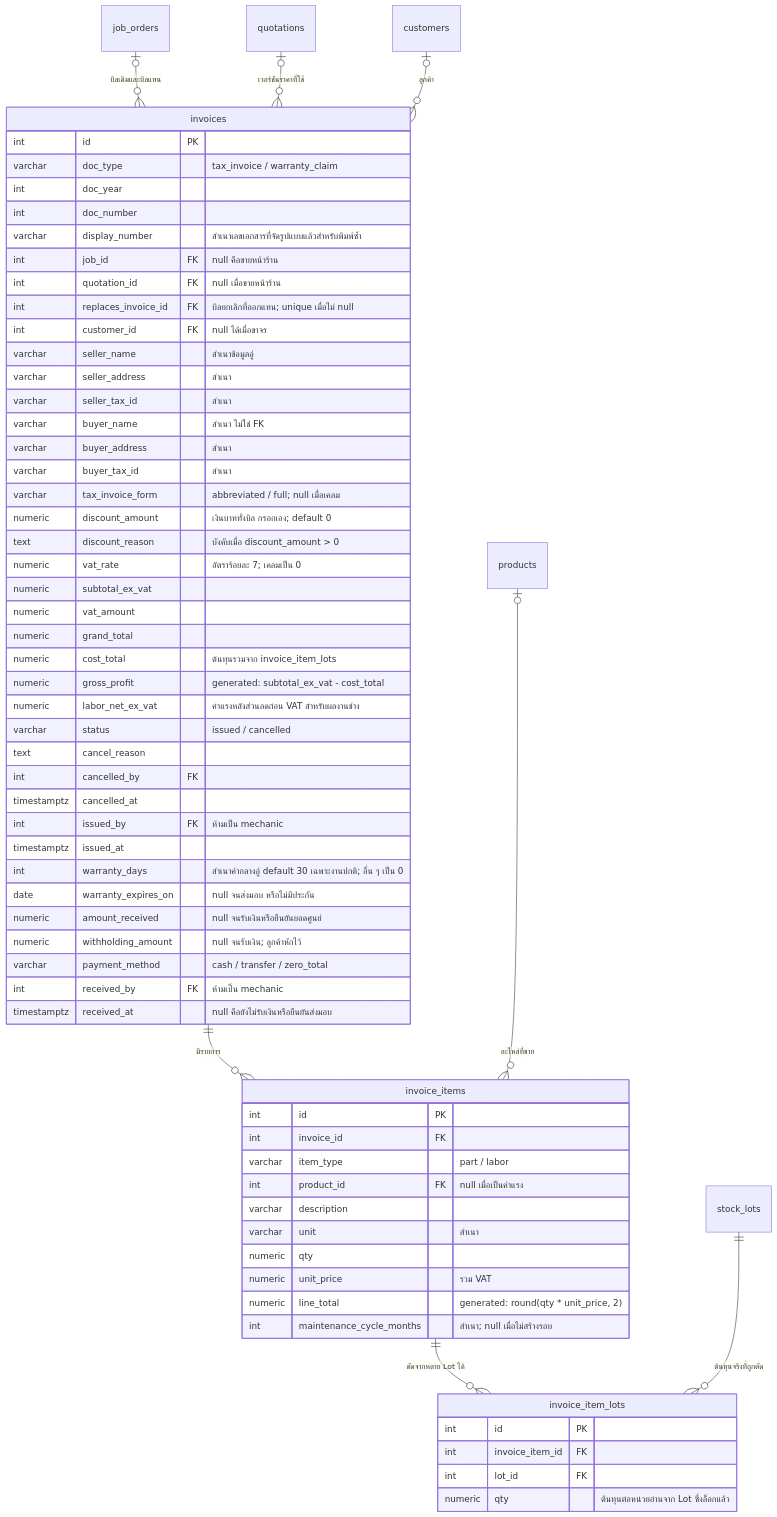
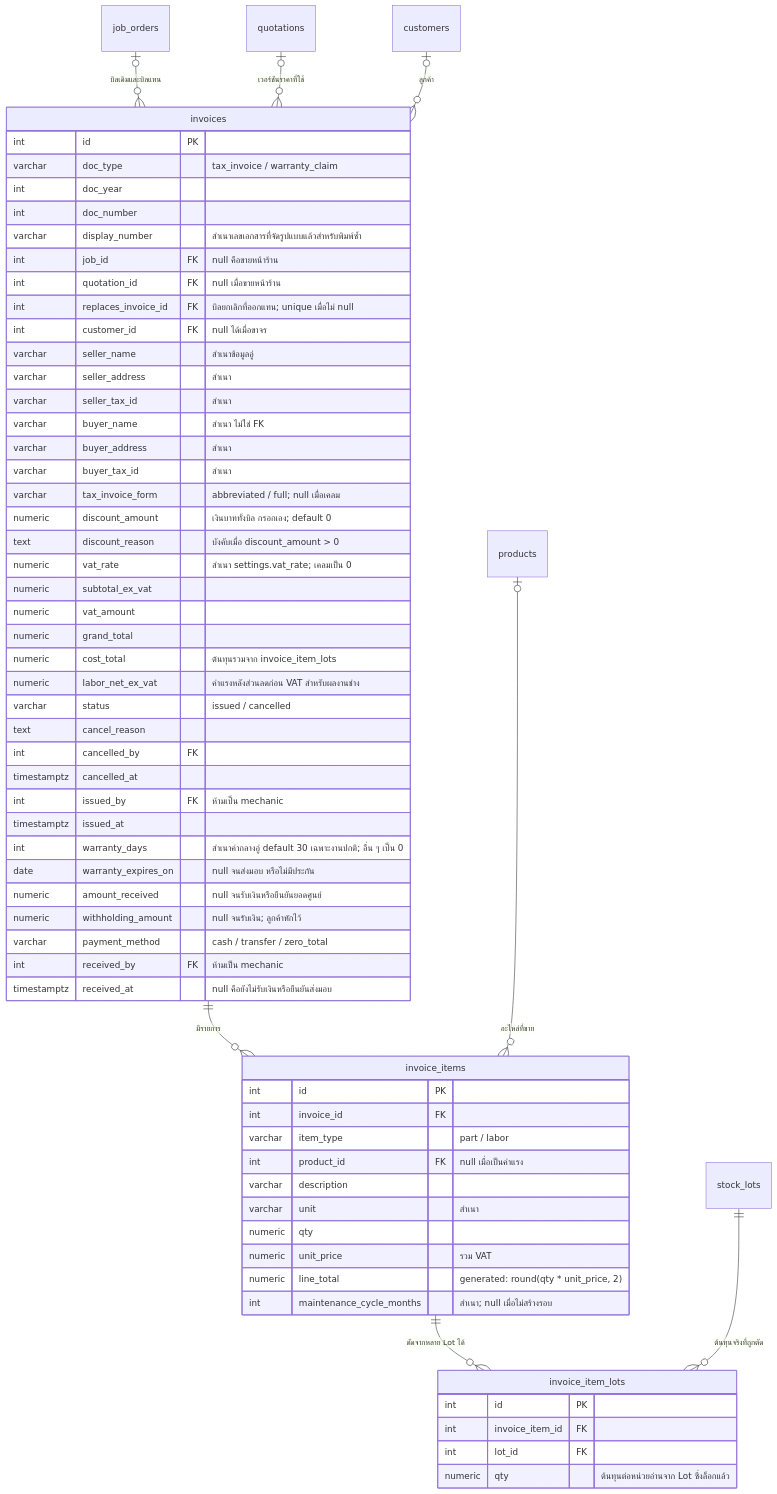
Before and after one commit to kaewjamsai0193/Garage_Final_Project: the seventh of 9 diagrams in data_model.md, drawn with Mermaid. The commit also changed other lines of this file and 4 other files, not shown here.

First line of the commit message:
docs: store vat rate in settings and derive job/po/receipt numbers from id

````diff
--- a/data_model.md
+++ b/data_model.md
@@ -328,71 +325,70 @@
 ```mermaid
 erDiagram
     job_orders |o--o{ invoices : "บิลเดิมและบิลแทน"
     quotations |o--o{ invoices : "เวอร์ชันราคาที่ใช้"
     customers |o--o{ invoices : "ลูกค้า"
     invoices ||--o{ invoice_items : "มีรายการ"
     invoice_items ||--o{ invoice_item_lots : "ตัดจากหลาย Lot ได้"
     stock_lots ||--o{ invoice_item_lots : "ต้นทุนจริงที่ถูกตัด"
     products |o--o{ invoice_items : "อะไหล่ที่ขาย"
 
     invoices {
         int id PK
         varchar doc_type "tax_invoice / warranty_claim"
         int doc_year
         int doc_number
         varchar display_number "สำเนาเลขเอกสารที่จัดรูปแบบแล้วสำหรับพิมพ์ซ้ำ"
         int job_id FK "null คือขายหน้าร้าน"
         int quotation_id FK "null เมื่อขายหน้าร้าน"
         int replaces_invoice_id FK "บิลยกเลิกที่ออกแทน; unique เมื่อไม่ null"
         int customer_id FK "null ได้เมื่อขาจร"
         varchar seller_name "สำเนาข้อมูลอู่"
         varchar seller_address "สำเนา"
         varchar seller_tax_id "สำเนา"
         varchar buyer_name "สำเนา ไม่ใช่ FK"
         varchar buyer_address "สำเนา"
         varchar buyer_tax_id "สำเนา"
         varchar tax_invoice_form "abbreviated / full; null เมื่อเคลม"
         numeric discount_amount "เงินบาททั้งบิล กรอกเอง; default 0"
         text discount_reason "บังคับเมื่อ discount_amount > 0"
-        numeric vat_rate "อัตราร้อยละ 7; เคลมเป็น 0"
+        numeric vat_rate "สำเนา settings.vat_rate; เคลมเป็น 0"
         numeric subtotal_ex_vat
         numeric vat_amount
         numeric grand_total
         numeric cost_total "ต้นทุนรวมจาก invoice_item_lots"
-        numeric gross_profit "generated: subtotal_ex_vat - cost_total"
         numeric labor_net_ex_vat "ค่าแรงหลังส่วนลดก่อน VAT สำหรับผลงานช่าง"
         varchar status "issued / cancelled"
         text cancel_reason
         int cancelled_by FK
         timestamptz cancelled_at
         int issued_by FK "ห้ามเป็น mechanic"
         timestamptz issued_at
         int warranty_days "สำเนาค่ากลางอู่ default 30 เฉพาะงานปกติ; อื่น ๆ เป็น 0"
         date warranty_expires_on "null จนส่งมอบ หรือไม่มีประกัน"
         numeric amount_received "null จนรับเงินหรือยืนยันยอดศูนย์"
         numeric withholding_amount "null จนรับเงิน; ลูกค้าหักไว้"
         varchar payment_method "cash / transfer / zero_total"
         int received_by FK "ห้ามเป็น mechanic"
         timestamptz received_at "null คือยังไม่รับเงินหรือยืนยันส่งมอบ"
     }
 
     invoice_items {
         int id PK
         int invoice_id FK
         varchar item_type "part / labor"
         int product_id FK "null เมื่อเป็นค่าแรง"
         varchar description
         varchar unit "สำเนา"
         numeric qty
         numeric unit_price "รวม VAT"
         numeric line_total "generated: round(qty * unit_price, 2)"
         int maintenance_cycle_months "สำเนา; null เมื่อไม่สร้างรอบ"
     }
 
     invoice_item_lots {
         int id PK
         int invoice_item_id FK
         int lot_id FK
         numeric qty "ต้นทุนต่อหน่วยอ่านจาก Lot ซึ่งล็อกแล้ว"
     }
 ```
````
